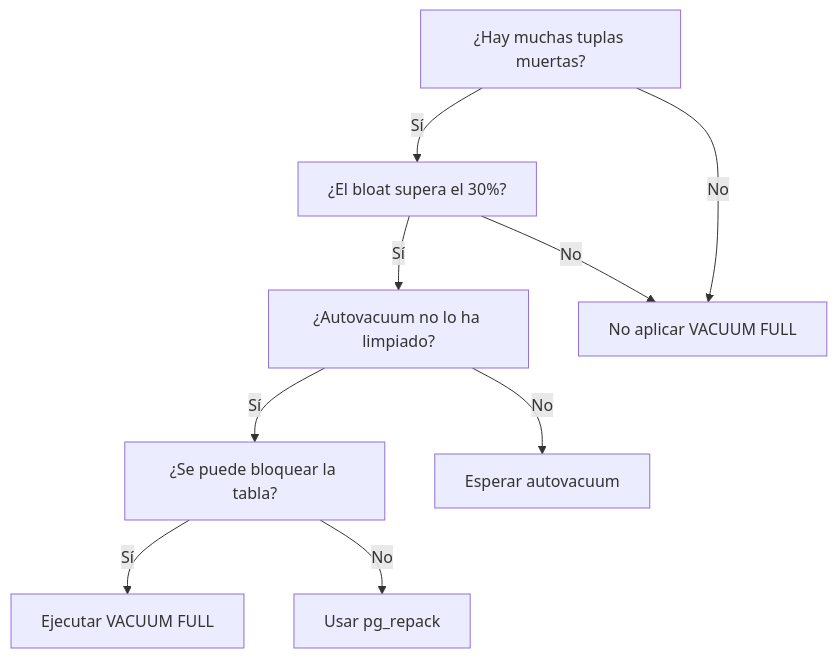
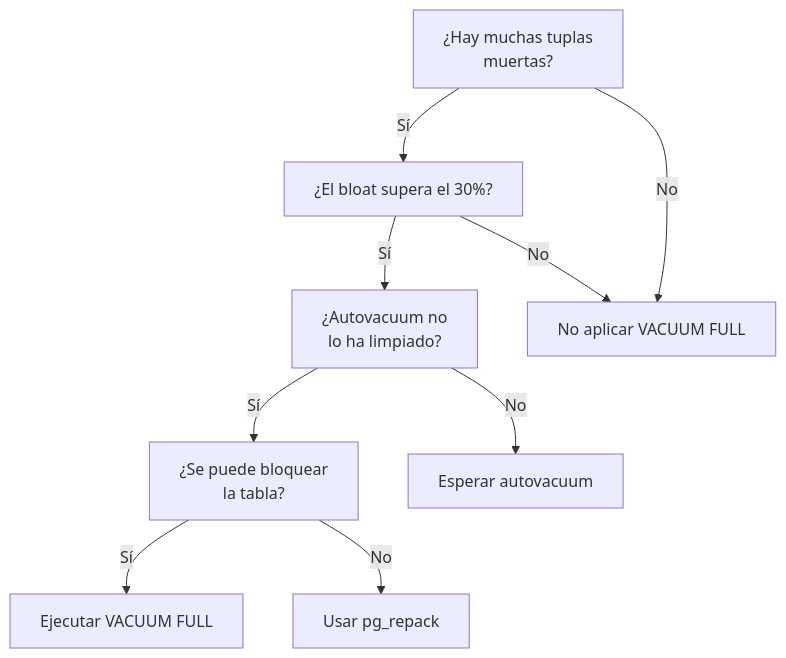
Before and after one commit to CR0NYM3X/POSTGRESQL: the diagram in monitoreo/¿Cuándo aplicar VACUUM FULL en PostgreSQL?.md, drawn with Mermaid.

Commit message:
Update ¿Cuándo aplicar VACUUM FULL en PostgreSQL?.md

````diff
--- a/monitoreo/¿Cuándo aplicar VACUUM FULL en PostgreSQL?.md
+++ b/monitoreo/¿Cuándo aplicar VACUUM FULL en PostgreSQL?.md
@@ -124,11 +124,14 @@
 ```mermaid
 flowchart TD
-    A[¿Hay muchas tuplas muertas?] -->|Sí| B[¿El bloat supera el 30%?]
-    B -->|Sí| C[¿Autovacuum no lo ha limpiado?]
-    C -->|Sí| D[¿Se puede bloquear la tabla?]
+    A[¿Hay muchas tuplas
+muertas?] -->|Sí| B[¿El bloat supera el 30%?]
+    B -->|Sí| C[¿Autovacuum no
+lo ha limpiado?]
+    C -->|Sí| D[¿Se puede bloquear
+la tabla?]
     D -->|Sí| E[Ejecutar VACUUM FULL]
     D -->|No| F[Usar pg_repack]
     C -->|No| G[Esperar autovacuum]
     B -->|No| H[No aplicar VACUUM FULL]
     A -->|No| H 
 ```
````
